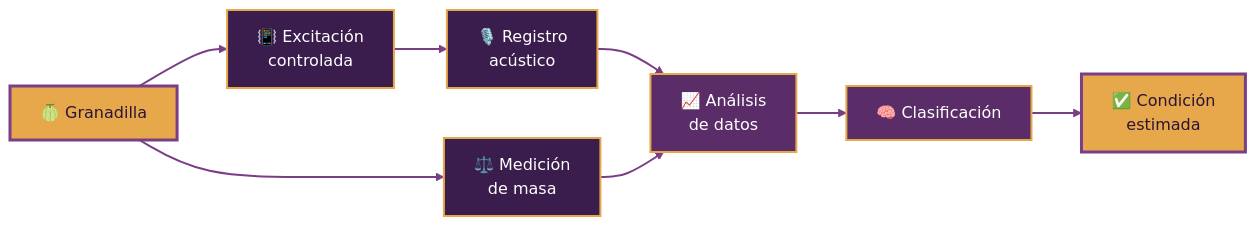
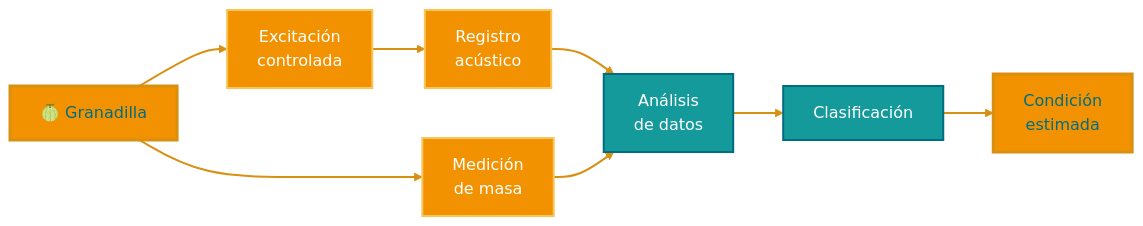
Before and after one commit to Cesarapcho/PI_Equipo_03: the fourth of 5 diagrams in README.md, drawn with Mermaid. The commit also changed other lines of this file, not shown here.

````diff
--- a/README.md
+++ b/README.md
@@ -286,25 +292,25 @@
-```mermaid
+``` mermaid
 flowchart LR
     G["🍈 Granadilla"]:::fruit
-    I["📳 Excitación<br/>controlada"]:::module
-    M["🎙️ Registro<br/>acústico"]:::module
-    P["⚖️ Medición<br/>de masa"]:::module
-    A["📈 Análisis<br/>de datos"]:::software
-    ML["🧠 Clasificación"]:::software
-    R["✅ Condición<br/>estimada"]:::result
+    I["Excitación<br/>controlada"]:::module
+    M["Registro<br/>acústico"]:::module
+    P["Medición<br/>de masa"]:::module
+    A["Análisis<br/>de datos"]:::software
+    ML["Clasificación"]:::software
+    R["Condición<br/>estimada"]:::result
 
     G --> I
     I --> M
     G --> P
     M --> A
     P --> A
     A --> ML
     ML --> R
 
-    classDef fruit fill:#E6A84A,color:#2A1535,stroke:#7A3E87,stroke-width:3px;
-    classDef module fill:#3A1C4D,color:#FFFFFF,stroke:#E6A84A,stroke-width:2px;
-    classDef software fill:#5A2C68,color:#FFFFFF,stroke:#E6A84A,stroke-width:2px;
-    classDef result fill:#E6A84A,color:#2A1535,stroke:#7A3E87,stroke-width:3px;
+    classDef fruit fill:#F39200,color:#006D82,stroke:#D89012,stroke-width:3px;
+    classDef module fill:#F39200,color:#FFFFFF,stroke:#F7C65A,stroke-width:2px;
+    classDef software fill:#159A9C,color:#FFFFFF,stroke:#006D82,stroke-width:2px;
+    classDef result fill:#F39200,color:#006D82,stroke:#D89012,stroke-width:3px;
 
-    linkStyle default stroke:#7A3E87,stroke-width:2px;
+    linkStyle default stroke:#D89012,stroke-width:2px;
 ```
````
